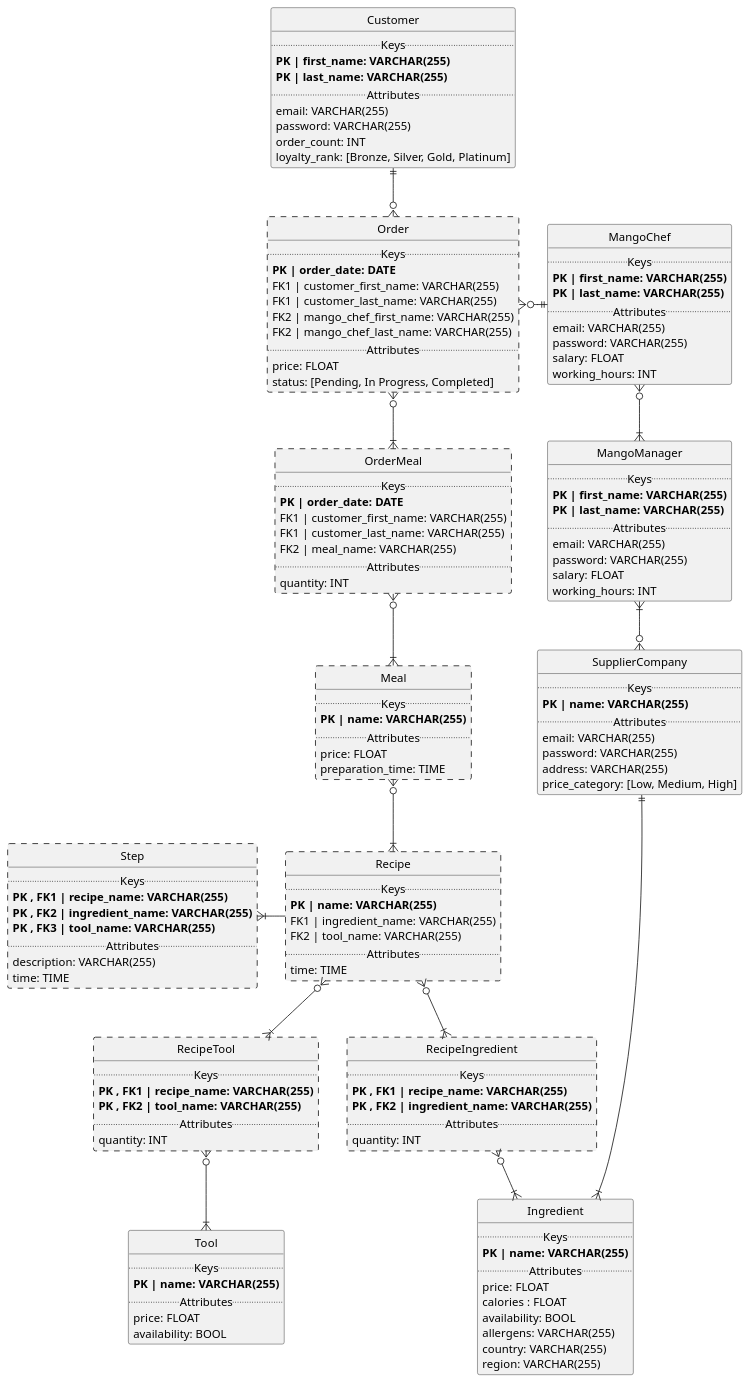
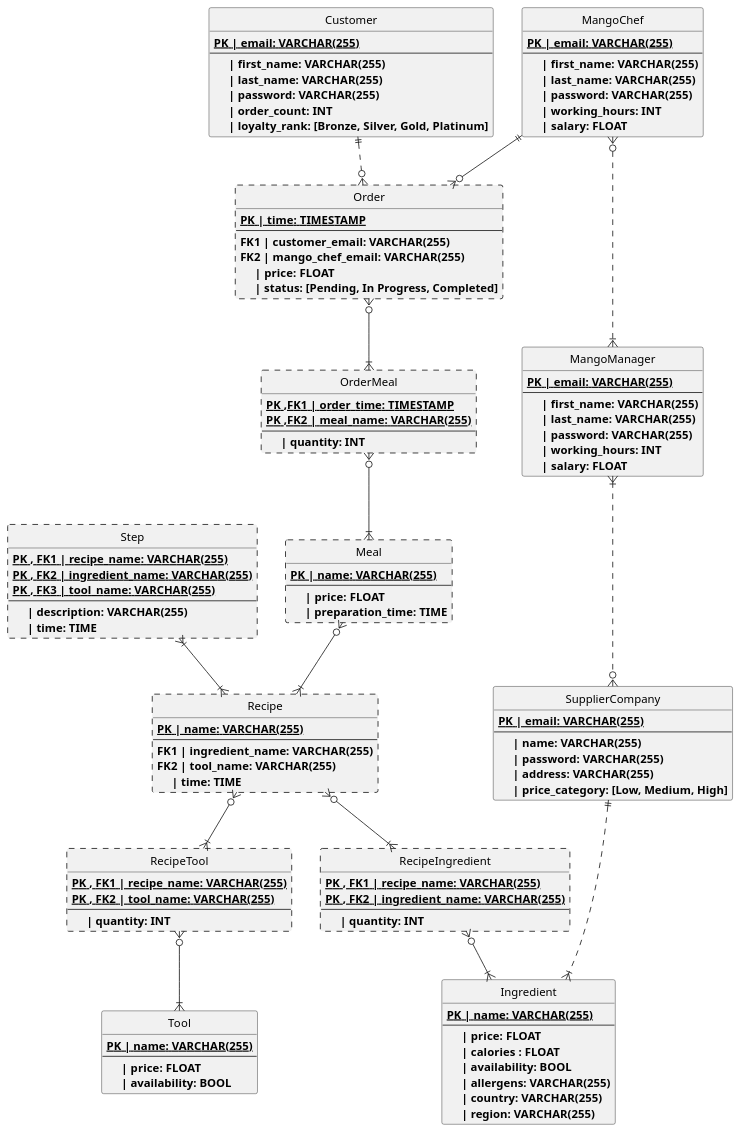
One commit to MorganKryze/MangoDB changed the diagram in Diagrams/src/Table.puml. Above: the diagram before and after it, drawn with PlantUML.

Commit message:
📖 update diagram format

```diff
--- a/Diagrams/src/Table.puml
+++ b/Diagrams/src/Table.puml
@@ -1,165 +1,146 @@
 @startuml Diagram of MangoDB
 Hide circle
 
 entity Customer
 {
-    ..Keys..
-    <b>PK | first_name: VARCHAR(255)
-    <b>PK | last_name: VARCHAR(255)
-    ..Attributes..
-    email: VARCHAR(255)
-    password: VARCHAR(255)
-    order_count: INT
-    loyalty_rank: [Bronze, Silver, Gold, Platinum]
+    {static}<b>PK | email: VARCHAR(255)
+    --
+    <b>     | first_name: VARCHAR(255)
+    <b>     | last_name: VARCHAR(255)
+    <b>     | password: VARCHAR(255)
+    <b>     | order_count: INT
+    <b>     | loyalty_rank: [Bronze, Silver, Gold, Platinum]
 }
 
 entity Order ##[dashed]
 {
-    ..Keys..
-    <b>PK | order_date: DATE
-    FK1 | customer_first_name: VARCHAR(255)
-    FK1 | customer_last_name: VARCHAR(255)
-    FK2 | mango_chef_first_name: VARCHAR(255)
-    FK2 | mango_chef_last_name: VARCHAR(255)
-    ..Attributes..
-    price: FLOAT
-    status: [Pending, In Progress, Completed]
+    {static}<b>PK | time: TIMESTAMP
+    --
+    <b>FK1 | customer_email: VARCHAR(255)
+    <b>FK2 | mango_chef_email: VARCHAR(255)
+    <b>     | price: FLOAT
+    <b>     | status: [Pending, In Progress, Completed]
 }
 
 entity OrderMeal ##[dashed]
 {
-    ..Keys..
-    <b>PK | order_date: DATE
-    FK1 | customer_first_name: VARCHAR(255)
-    FK1 | customer_last_name: VARCHAR(255)
-    FK2 | meal_name: VARCHAR(255)
-    ..Attributes..
-    quantity: INT
+    {static}<b>PK ,FK1 | order_time: TIMESTAMP
+    {static}<b>PK ,FK2 | meal_name: VARCHAR(255)
+    --
+    <b>     | quantity: INT
 }
 
 entity Meal ##[dashed]
 {
-    ..Keys..
-    <b>PK | name: VARCHAR(255)
-    ..Attributes..
-    price: FLOAT
-    preparation_time: TIME
+    {static}<b>PK | name: VARCHAR(255)
+    --
+    <b>     | price: FLOAT
+    <b>     | preparation_time: TIME
 }
 
 entity Recipe ##[dashed]
 {
-    ..Keys..
-    <b>PK | name: VARCHAR(255)
-    FK1 | ingredient_name: VARCHAR(255)
-    FK2 | tool_name: VARCHAR(255)
-    ..Attributes..
-    time: TIME
+    {static}<b>PK | name: VARCHAR(255)
+    --
+    <b>FK1 | ingredient_name: VARCHAR(255)
+    <b>FK2 | tool_name: VARCHAR(255)
+    <b>     | time: TIME
 }
 
 entity Step ##[dashed]
 {
-    ..Keys..
-    <b>PK , FK1 | recipe_name: VARCHAR(255)
-    <b>PK , FK2 | ingredient_name: VARCHAR(255)
-    <b>PK , FK3 | tool_name: VARCHAR(255)
-    ..Attributes..
-    description: VARCHAR(255)
-    time: TIME
+    {static}<b>PK , FK1 | recipe_name: VARCHAR(255)
+    {static}<b>PK , FK2 | ingredient_name: VARCHAR(255)
+    {static}<b>PK , FK3 | tool_name: VARCHAR(255)
+    --
+    <b>     | description: VARCHAR(255)
+    <b>     | time: TIME
 }
 
 entity RecipeIngredient ##[dashed]
 {
-    ..Keys..
-    <b>PK , FK1 | recipe_name: VARCHAR(255)
-    <b>PK , FK2 | ingredient_name: VARCHAR(255)
-    ..Attributes..
-    quantity: INT
+    {static}<b>PK , FK1 | recipe_name: VARCHAR(255)
+    {static}<b>PK , FK2 | ingredient_name: VARCHAR(255)
+    --
+    <b>     | quantity: INT
 }
 
 entity RecipeTool ##[dashed]
 {
-    ..Keys..
-    <b>PK , FK1 | recipe_name: VARCHAR(255)
-    <b>PK , FK2 | tool_name: VARCHAR(255)
-    ..Attributes..
-    quantity: INT
+    {static}<b>PK , FK1 | recipe_name: VARCHAR(255)
+    {static}<b>PK , FK2 | tool_name: VARCHAR(255)
+    --
+    <b>     | quantity: INT
 }
 
 entity Ingredient
 {
-    ..Keys..
-    <b>PK | name: VARCHAR(255)
-    ..Attributes..
-    price: FLOAT
-    calories : FLOAT
-    availability: BOOL
-    allergens: VARCHAR(255)
-    country: VARCHAR(255)
-    region: VARCHAR(255)
+    {static}<b>PK | name: VARCHAR(255)
+    --
+    <b>     | price: FLOAT
+    <b>     | calories : FLOAT
+    <b>     | availability: BOOL
+    <b>     | allergens: VARCHAR(255)
+    <b>     | country: VARCHAR(255)
+    <b>     | region: VARCHAR(255)
 }
 
 entity Tool
 {
-    ..Keys..
-    <b>PK | name: VARCHAR(255)
-    ..Attributes..
-    price: FLOAT
-    availability: BOOL
+    {static}<b>PK | name: VARCHAR(255)
+    --
+    <b>     | price: FLOAT
+    <b>     | availability: BOOL
 }
 
 
 entity SupplierCompany
 {   
-    ..Keys..
-    <b>PK | name: VARCHAR(255)
-    ..Attributes..
-    email: VARCHAR(255)
-    password: VARCHAR(255)
-    address: VARCHAR(255)
-    price_category: [Low, Medium, High]
+    {static}<b>PK | email: VARCHAR(255)
+    --
+    <b>     | name: VARCHAR(255)
+    <b>     | password: VARCHAR(255)
+    <b>     | address: VARCHAR(255)
+    <b>     | price_category: [Low, Medium, High]
 }
-
-
 
 entity MangoChef
 {
-    ..Keys..
-    <b>PK | first_name: VARCHAR(255)
-    <b>PK | last_name: VARCHAR(255)
-    ..Attributes..
-    email: VARCHAR(255)
-    password: VARCHAR(255)
-    salary: FLOAT
-    working_hours: INT
+    {static}<b>PK | email: VARCHAR(255)
+    --
+    <b>     | first_name: VARCHAR(255)
+    <b>     | last_name: VARCHAR(255)
+    <b>     | password: VARCHAR(255)
+    <b>     | working_hours: INT
+    <b>     | salary: FLOAT
 }
 
 entity MangoManager
 {
-    ..Keys..
-    <b>PK | first_name: VARCHAR(255)
-    <b>PK | last_name: VARCHAR(255)
-    ..Attributes..
-    email: VARCHAR(255)
-    password: VARCHAR(255)
-    salary: FLOAT
-    working_hours: INT
+    {static}<b>PK | email: VARCHAR(255)
+    --
+    <b>     | first_name: VARCHAR(255)
+    <b>     | last_name: VARCHAR(255)
+    <b>     | password: VARCHAR(255)
+    <b>     | working_hours: INT
+    <b>     | salary: FLOAT
 }
 
-MangoManager }|-down-o{ SupplierCompany
-MangoManager }|-up-o{ MangoChef
-MangoChef ||-left-o{ Order
+MangoManager }|.down-o{ SupplierCompany
+MangoManager }|.up..o{ MangoChef
+MangoChef ||-down-o{ Order
 
-SupplierCompany ||-down-|{ Ingredient
+SupplierCompany ||.down-|{ Ingredient
 
-Customer ||-down-o{ Order
+Customer ||.down-o{ Order
 Order  }o-down-|{ OrderMeal
 OrderMeal }o-down-|{ Meal
 Meal }o-down-|{ Recipe
 
 Recipe }o-down-|{ RecipeIngredient
 Recipe }o-down-|{ RecipeTool
 RecipeIngredient }o-down-|{ Ingredient
 RecipeTool }o-down-|{ Tool
 
-Recipe -left-|{ Step
+Recipe }|-up-|{ Step
 @enduml
```
